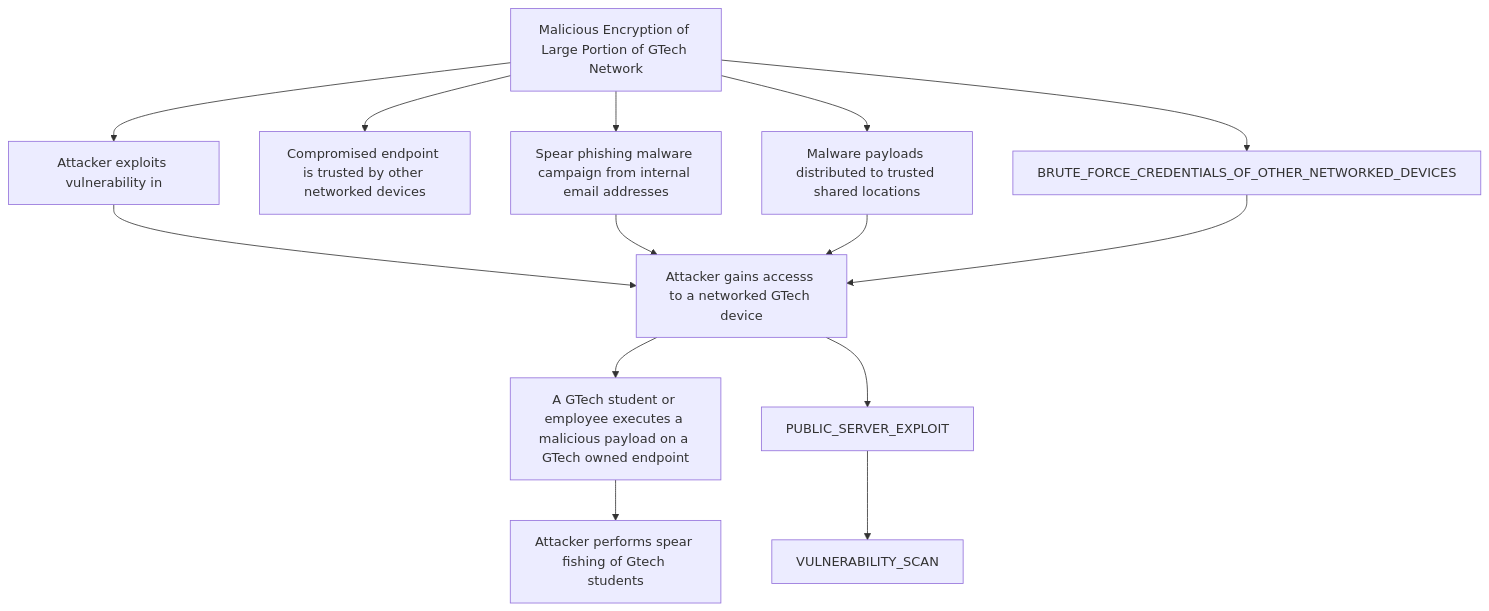
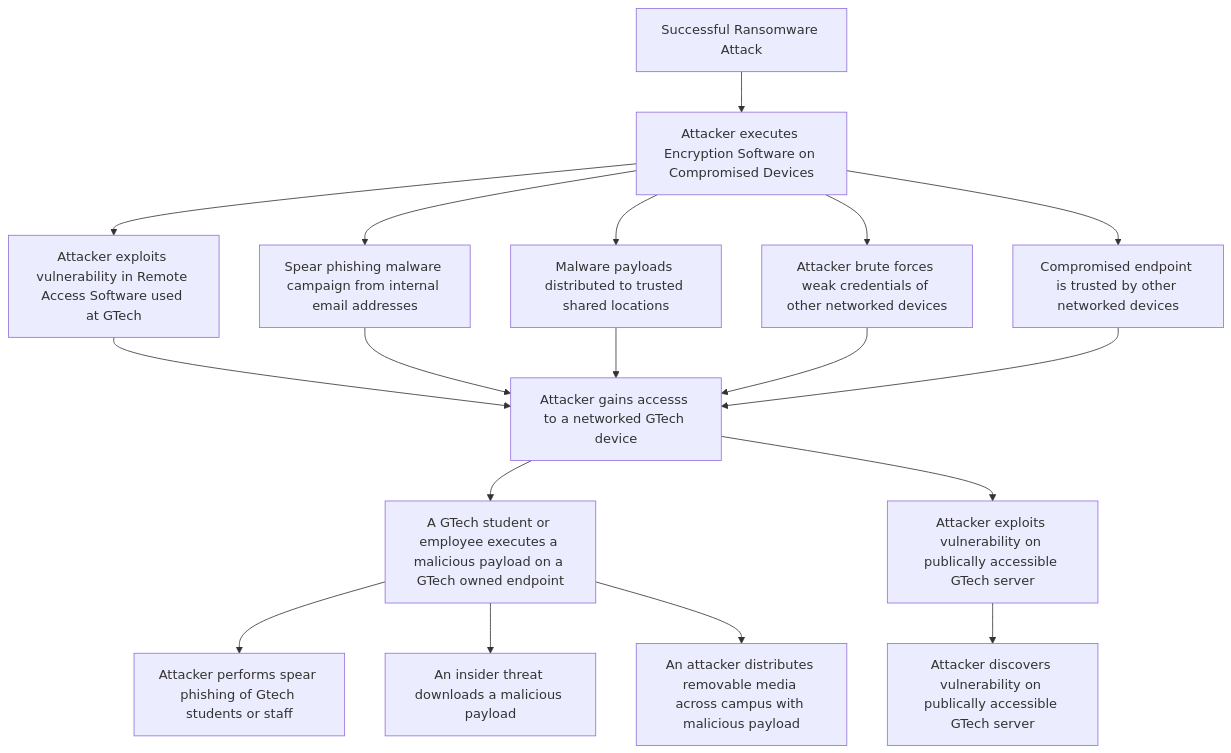
Before and after one commit to jfox13-nd/ransomware-gtech: the diagram in attack_tree.md, drawn with Mermaid.

````diff
--- a/attack_tree.md
+++ b/attack_tree.md
@@ -2,37 +2,45 @@
 ```mermaid
 flowchart TD
-    GOAL[Malicious Encryption of Large Portion of GTech Network]
+    
+    GOAL_FINAL[Successful Ransomware Attack]
+    GOAL[Attacker executes Encryption Software on Compromised Devices]
 
-    EXPLOIT_REMOTE_SERVICES[Attacker exploits vulnerability in]
+    EXPLOIT_REMOTE_SERVICES[Attacker exploits vulnerability in Remote Access Software used at GTech]
     PERMISSIONS_LATERAL_MOVEMENT[Compromised endpoint is trusted by other networked devices]
     INTERNAL_PHISHING[Spear phishing malware campaign from internal email addresses]
     TAINT_SHARED_CONTENT[Malware payloads distributed to trusted shared locations]
-    BRUTE_FORCE_CREDENTIALS_OF_OTHER_NETWORKED_DEVICES
+    BRUTE_FORCE_CREDENTIALS_OF_OTHER_NETWORKED_DEVICES[Attacker brute forces weak credentials of other networked devices]
     ACCESS_ENDPOINT[Attacker gains accesss to a networked GTech device]
 
-    SPEAR_FISHING[Attacker performs spear fishing of Gtech students]
+    SPEAR_FISHING[Attacker performs spear phishing of Gtech students or staff]
+    INSIDER_THREAT[An insider threat downloads a malicious payload]
+    REMOVABLE_MEDIA[An attacker distributes removable media across campus with malicious payload]
 
     RUNS_MALICIOUS_EXECUTABLE[A GTech student or employee executes a malicious payload on a GTech owned endpoint]
 
-    PUBLIC_SERVER_EXPLOIT
-    VULNERABILITY_SCAN
+    PUBLIC_SERVER_EXPLOIT[Attacker exploits vulnerability on publically accessible GTech server]
+    VULNERABILITY_SCAN[Attacker discovers vulnerability on publically accessible GTech server]
 
-
+    GOAL_FINAL --> GOAL
     GOAL --> EXPLOIT_REMOTE_SERVICES
     GOAL --> INTERNAL_PHISHING
     GOAL --> TAINT_SHARED_CONTENT
     GOAL --> BRUTE_FORCE_CREDENTIALS_OF_OTHER_NETWORKED_DEVICES
     GOAL --> PERMISSIONS_LATERAL_MOVEMENT
 
     EXPLOIT_REMOTE_SERVICES --> ACCESS_ENDPOINT
     INTERNAL_PHISHING  --> ACCESS_ENDPOINT
     TAINT_SHARED_CONTENT  --> ACCESS_ENDPOINT
     BRUTE_FORCE_CREDENTIALS_OF_OTHER_NETWORKED_DEVICES  --> ACCESS_ENDPOINT
+    PERMISSIONS_LATERAL_MOVEMENT --> ACCESS_ENDPOINT
 
     ACCESS_ENDPOINT --> RUNS_MALICIOUS_EXECUTABLE
 
     RUNS_MALICIOUS_EXECUTABLE --> SPEAR_FISHING
+    RUNS_MALICIOUS_EXECUTABLE --> INSIDER_THREAT
+    RUNS_MALICIOUS_EXECUTABLE --> REMOVABLE_MEDIA
 
     ACCESS_ENDPOINT --> PUBLIC_SERVER_EXPLOIT
     PUBLIC_SERVER_EXPLOIT --> VULNERABILITY_SCAN
+
 ```
````
